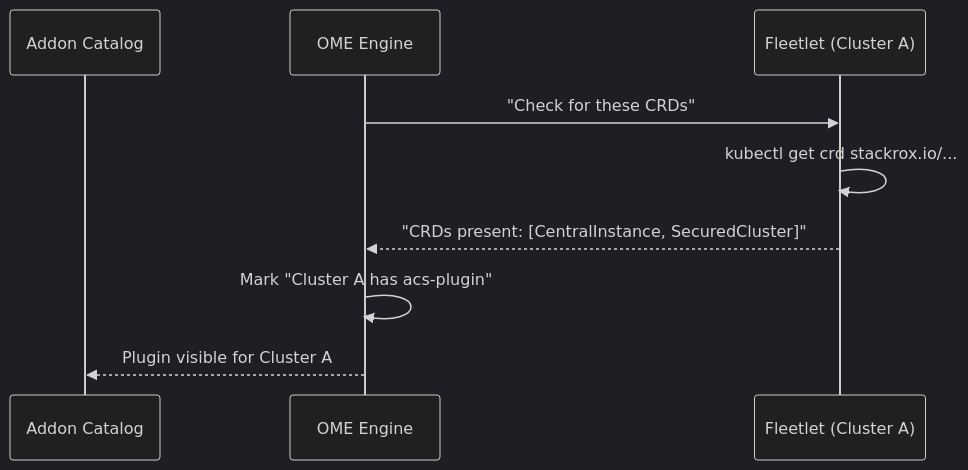
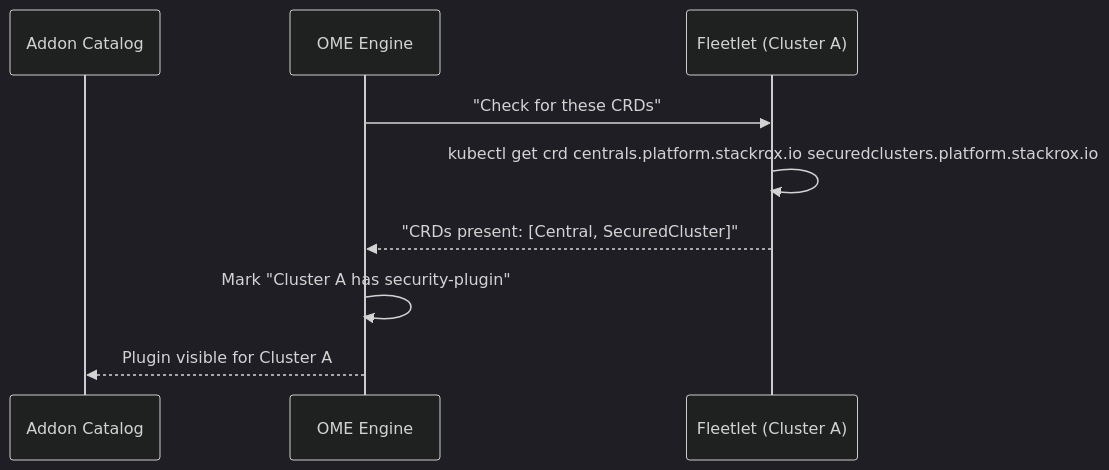
Before and after one commit to fleetshift/fleetshift-poc: the tenth of 11 diagrams in docs/design/addon-ui-architecture.md, drawn with Mermaid (dark theme). The commit also changed other lines of this file and 361 other files, not shown here.

````diff
--- a/docs/design/addon-ui-architecture.md
+++ b/docs/design/addon-ui-architecture.md
@@ -745,12 +745,12 @@
 ```mermaid
 sequenceDiagram
     participant Catalog as Addon Catalog
     participant OME as OME Engine
     participant Fleetlet as Fleetlet (Cluster A)
 
     OME->>Fleetlet: "Check for these CRDs"
-    Fleetlet->>Fleetlet: kubectl get crd stackrox.io/...
-    Fleetlet-->>OME: "CRDs present: [CentralInstance, SecuredCluster]"
-    OME->>OME: Mark "Cluster A has acs-plugin"
+    Fleetlet->>Fleetlet: kubectl get crd centrals.platform.stackrox.io securedclusters.platform.stackrox.io
+    Fleetlet-->>OME: "CRDs present: [Central, SecuredCluster]"
+    OME->>OME: Mark "Cluster A has security-plugin"
     OME-->>Catalog: Plugin visible for Cluster A
 ```
````
